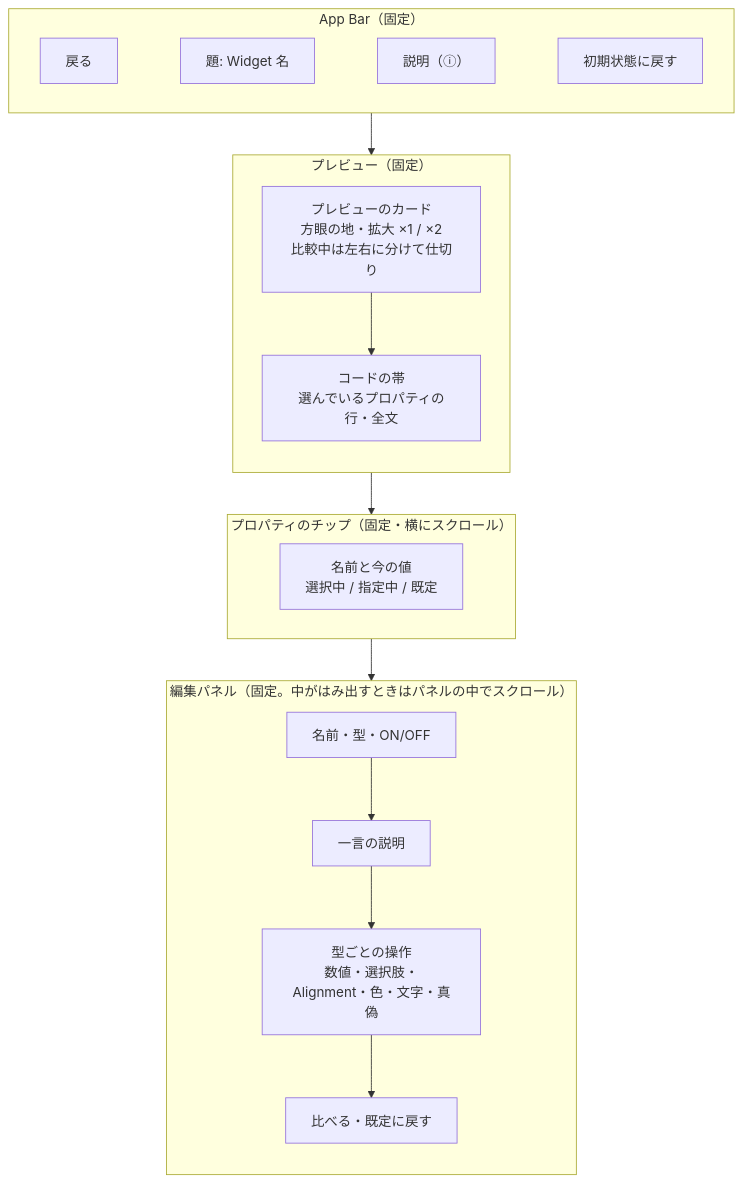
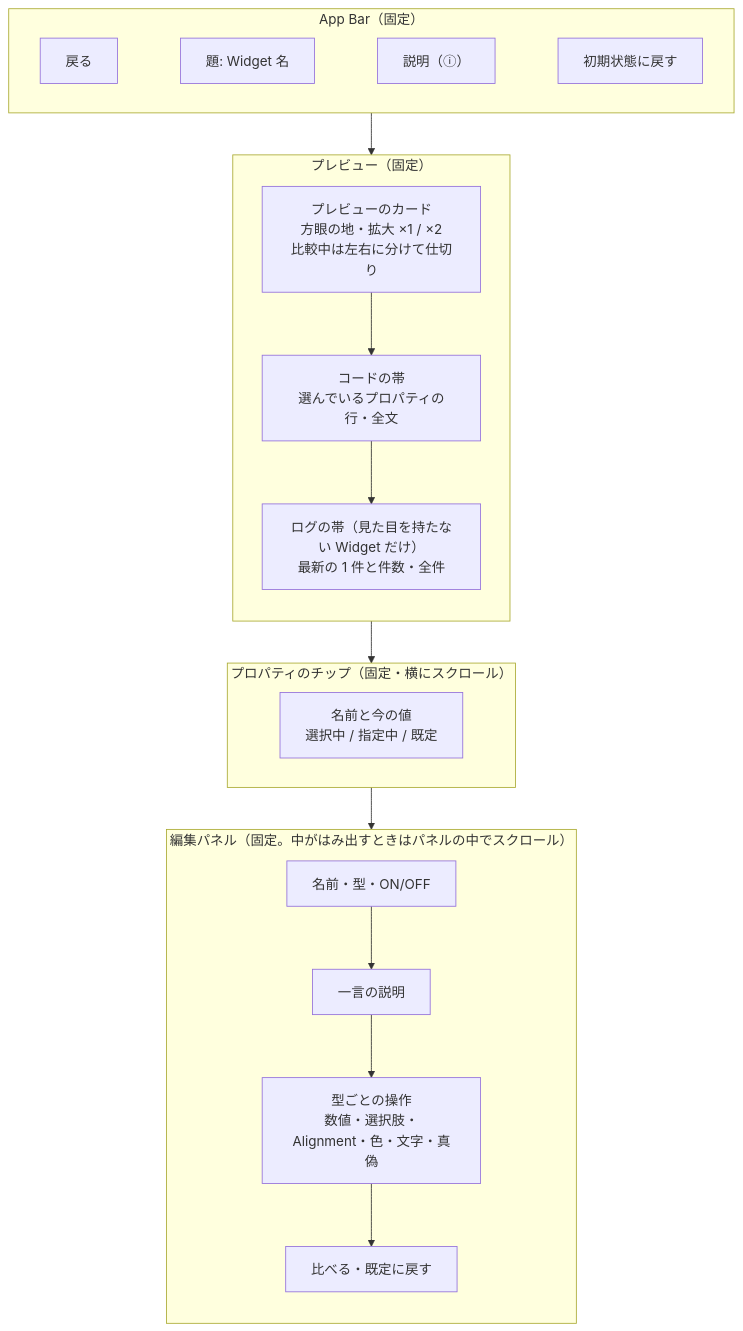
Before and after one commit to masa-futa/widget-lab: the first of 2 diagrams in docs/design/screens/cb_dtl_詳細画面.md, drawn with Mermaid. The commit also changed other lines of this file and 4 other files, not shown here.

First line of the commit message:
docs: 見た目を持たない Widget の見せ方（回数の印・ログ・使った／使わない）を決める

````diff
--- a/docs/design/screens/cb_dtl_詳細画面.md
+++ b/docs/design/screens/cb_dtl_詳細画面.md
@@ -30,29 +31,30 @@
 ```mermaid
 flowchart TB
     subgraph APPBAR["App Bar（固定）"]
         direction LR
         Back["戻る"]
         Name["題: Widget 名"]
         About["説明（ⓘ）"]
         Reset["初期状態に戻す"]
         Back ~~~ Name ~~~ About ~~~ Reset
     end
     subgraph PREVIEW["プレビュー（固定）"]
         direction TB
         Card["プレビューのカード<br/>方眼の地・拡大 ×1 / ×2<br/>比較中は左右に分けて仕切り"]
         Strip["コードの帯<br/>選んでいるプロパティの行・全文"]
-        Card --> Strip
+        Logs["ログの帯（見た目を持たない Widget だけ）<br/>最新の 1 件と件数・全件"]
+        Card --> Strip --> Logs
     end
     subgraph CHIPS["プロパティのチップ（固定・横にスクロール）"]
         Chip["名前と今の値<br/>選択中 / 指定中 / 既定"]
     end
     subgraph EDITOR["編集パネル（固定。中がはみ出すときはパネルの中でスクロール）"]
         direction TB
         Head["名前・型・ON/OFF"]
         Desc["一言の説明"]
         Control["型ごとの操作<br/>数値・選択肢・Alignment・色・文字・真偽"]
         Actions["比べる・既定に戻す"]
         Head --> Desc --> Control --> Actions
     end
     APPBAR --> PREVIEW --> CHIPS --> EDITOR
 ```
````
